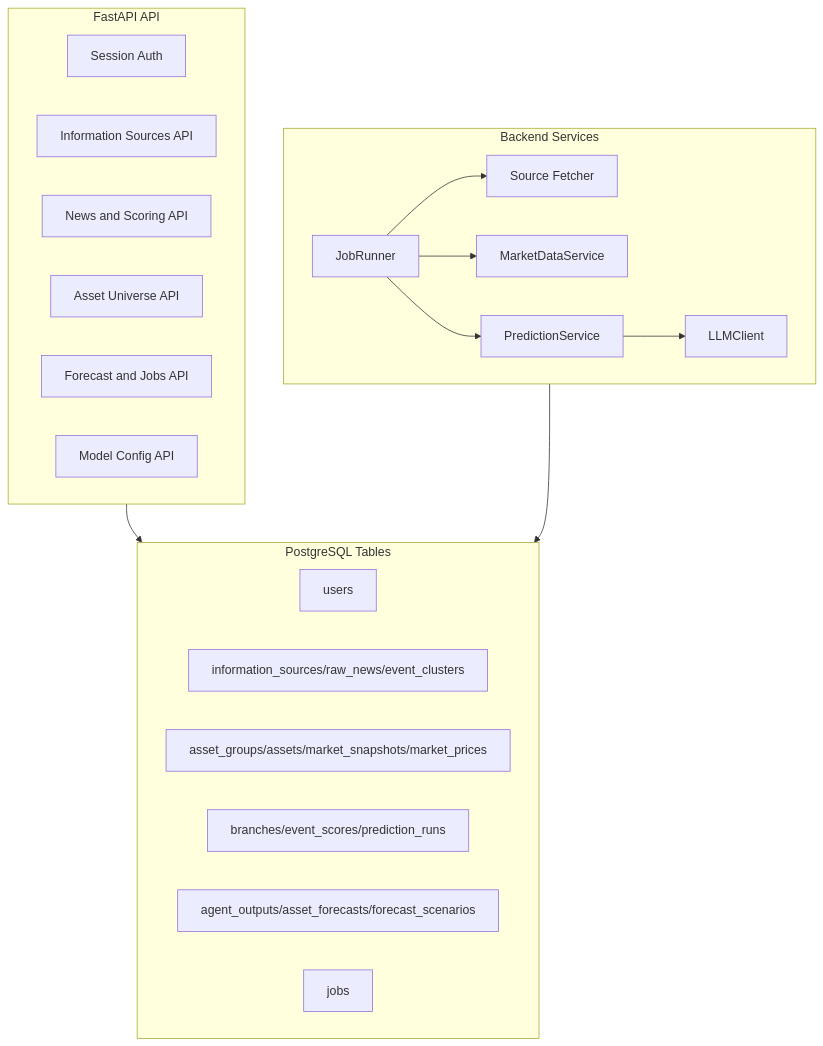
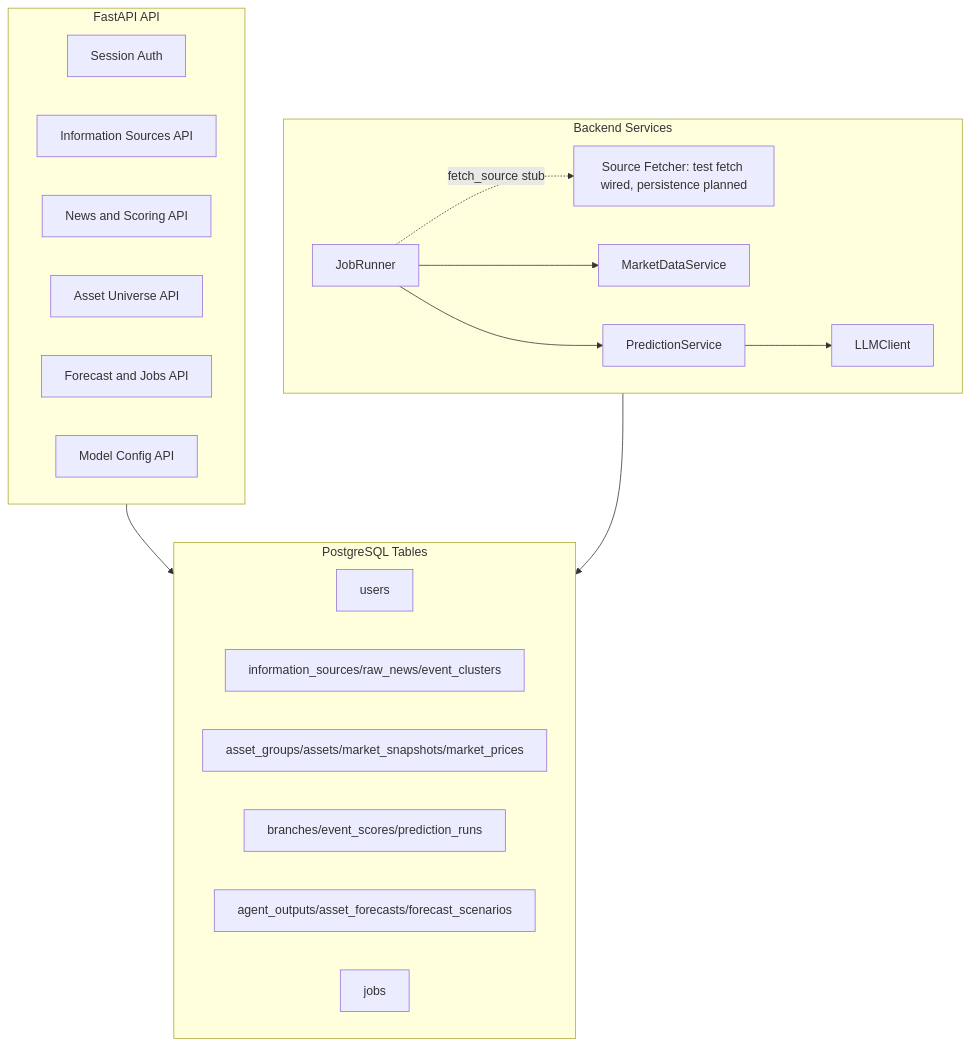
Before and after one commit to chachabu/asset-worldline-agent: the second of 4 diagrams in docs/architecture.md, drawn with Mermaid. The commit also changed other lines of this file and 1 other file, not shown here.

````diff
--- a/docs/architecture.md
+++ b/docs/architecture.md
@@ -47,35 +68,35 @@
 ```mermaid
 flowchart TB
     subgraph API[FastAPI API]
         Auth[Session Auth]
         SourcesAPI[Information Sources API]
         NewsAPI[News and Scoring API]
         AssetsAPI[Asset Universe API]
         ForecastAPI[Forecast and Jobs API]
         ModelAPI[Model Config API]
     end
 
     subgraph Services[Backend Services]
-        Fetcher[Source Fetcher]
+        Fetcher[Source Fetcher: test fetch wired, persistence planned]
         Market[MarketDataService]
         LLM[LLMClient]
         Predictor[PredictionService]
         Runner[JobRunner]
     end
 
     subgraph DB[PostgreSQL Tables]
         Users[users]
         SourceTables[information_sources/raw_news/event_clusters]
         AssetTables[asset_groups/assets/market_snapshots/market_prices]
         BranchTables[branches/event_scores/prediction_runs]
         ForecastTables[agent_outputs/asset_forecasts/forecast_scenarios]
         JobTables[jobs]
     end
 
     API --> DB
-    Runner --> Fetcher
+    Runner -. fetch_source stub .-> Fetcher
     Runner --> Market
     Runner --> Predictor
     Predictor --> LLM
     Services --> DB
 ```
````
